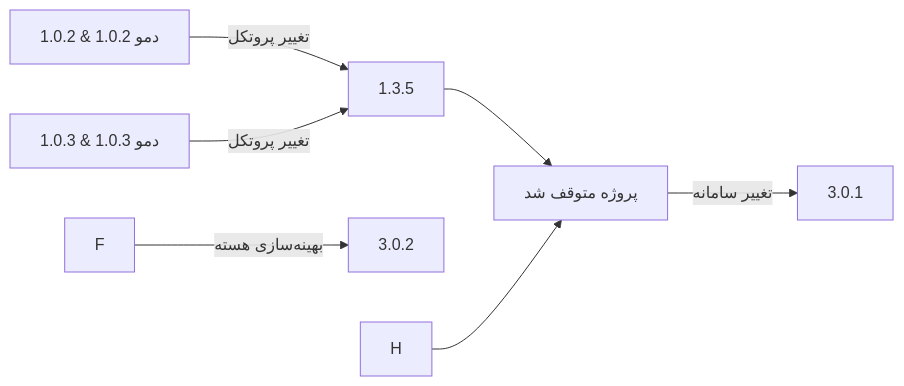
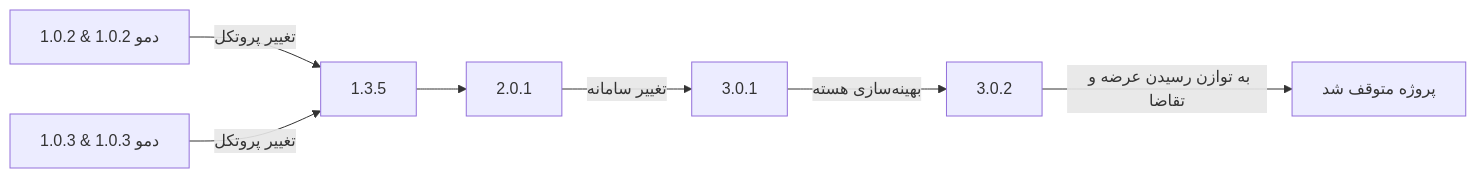
The fourth of 4 diagrams in README.md (Amirhosin282/Dtire), drawn with Mermaid before and after one commit.

````diff
--- a/README.md
+++ b/README.md
@@ -186,7 +186,7 @@
 ```mermaid
 graph LR
     A[1.0.2 & 1.0.2 دمو] & B[1.0.3 & 1.0.3 دمو] --> |تغییر پروتکل| C[1.3.5]
     C --> D[2.0.1] -->|تغییر سامانه| E[3.0.1]
-    F -->|بهینه‌سازی هسته| G[3.0.2]
-    H --> D[پروژه متوقف شد]
+    E -->|بهینه‌سازی هسته| F[3.0.2]
+    F --> |به توازن رسیدن عرضه و تقاضا| G[پروژه متوقف شد]
 ```
````
